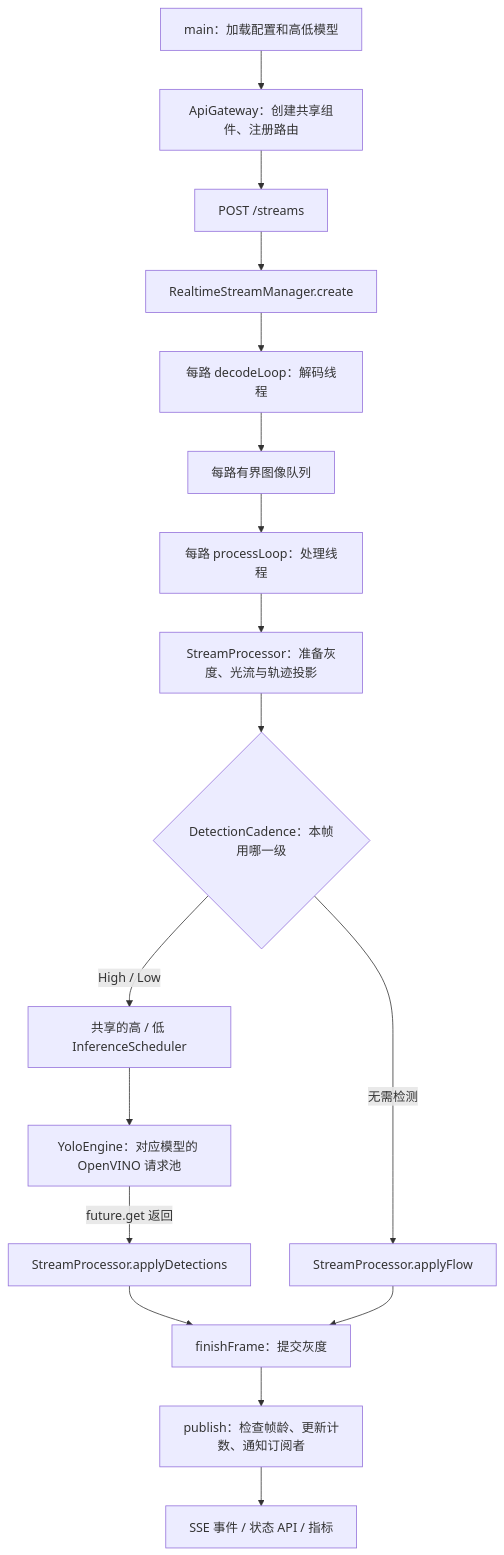
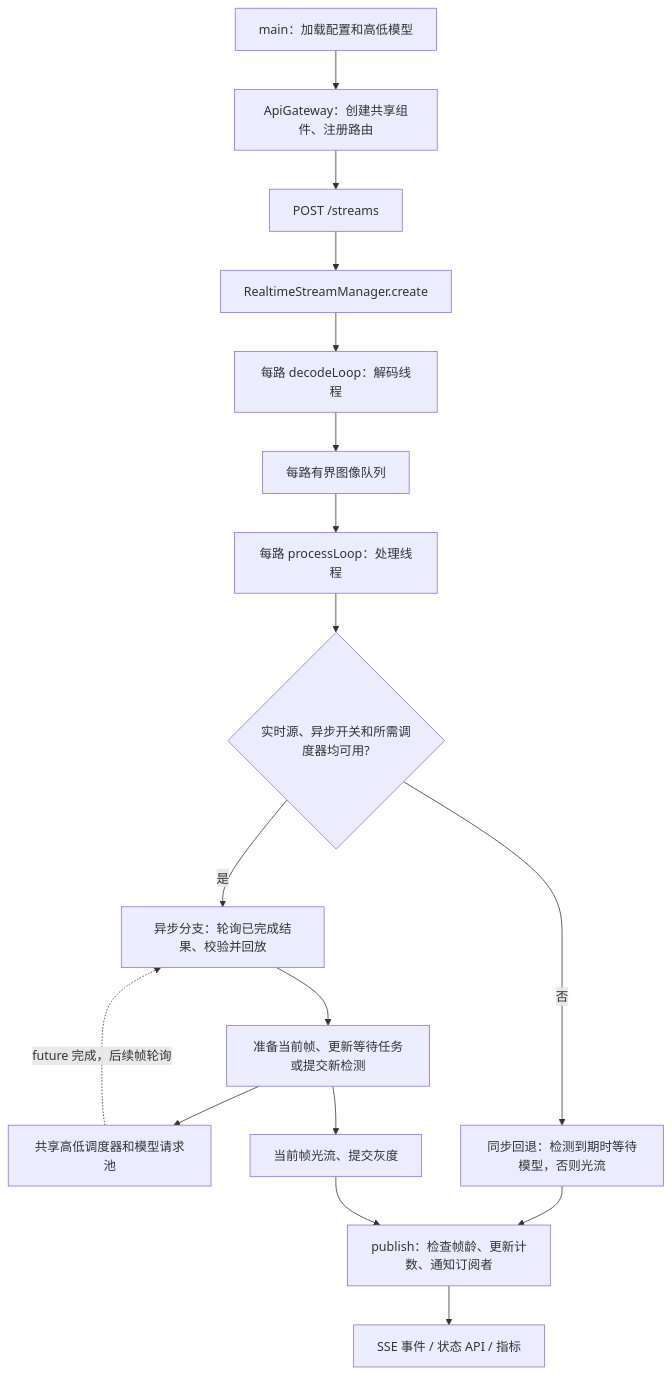
Before and after one commit to ChutianDuan/Yolo: the diagram in docs/reports/多路实时监测代码速读记录_20260908.md, drawn with Mermaid. The commit also changed other lines of this file and 4 other files, not shown here.

````diff
--- a/docs/reports/多路实时监测代码速读记录_20260908.md
+++ b/docs/reports/多路实时监测代码速读记录_20260908.md
@@ -9,19 +9,19 @@
 ```mermaid
 flowchart TD
     A[main：加载配置和高低模型] --> B[ApiGateway：创建共享组件、注册路由]
     B --> C[POST /streams]
     C --> D[RealtimeStreamManager.create]
     D --> E[每路 decodeLoop：解码线程]
     E --> F[每路有界图像队列]
     F --> G[每路 processLoop：处理线程]
-    G --> H[StreamProcessor：准备灰度、光流与轨迹投影]
-    H --> I{DetectionCadence：本帧用哪一级}
-    I -->|High / Low| J[共享的高 / 低 InferenceScheduler]
-    J --> K[YoloEngine：对应模型的 OpenVINO 请求池]
-    K -->|future.get 返回| L[StreamProcessor.applyDetections]
-    I -->|无需检测| M[StreamProcessor.applyFlow]
-    L --> N[finishFrame：提交灰度]
-    M --> N
-    N --> O[publish：检查帧龄、更新计数、通知订阅者]
+    G --> H{实时源、异步开关和所需调度器均可用?}
+    H -->|是| I[异步分支：轮询已完成结果、校验并回放]
+    I --> J[准备当前帧、更新等待任务或提交新检测]
+    J --> K[共享高低调度器和模型请求池]
+    K -.->|future 完成，后续帧轮询| I
+    J --> M[当前帧光流、提交灰度]
+    H -->|否| L[同步回退：检测到期时等待模型，否则光流]
+    L --> O[publish：检查帧龄、更新计数、通知订阅者]
+    M --> O
     O --> P[SSE 事件 / 状态 API / 指标]
 ```
````
